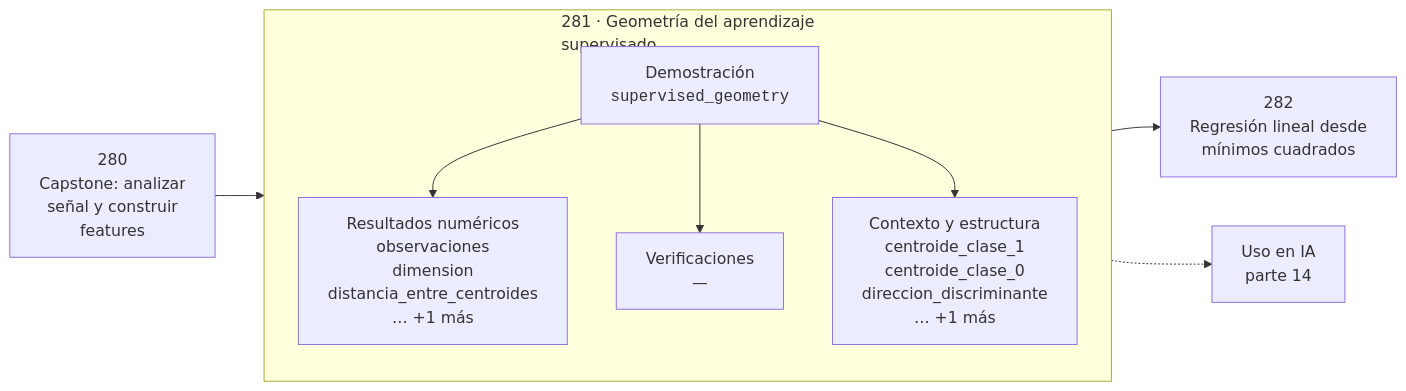
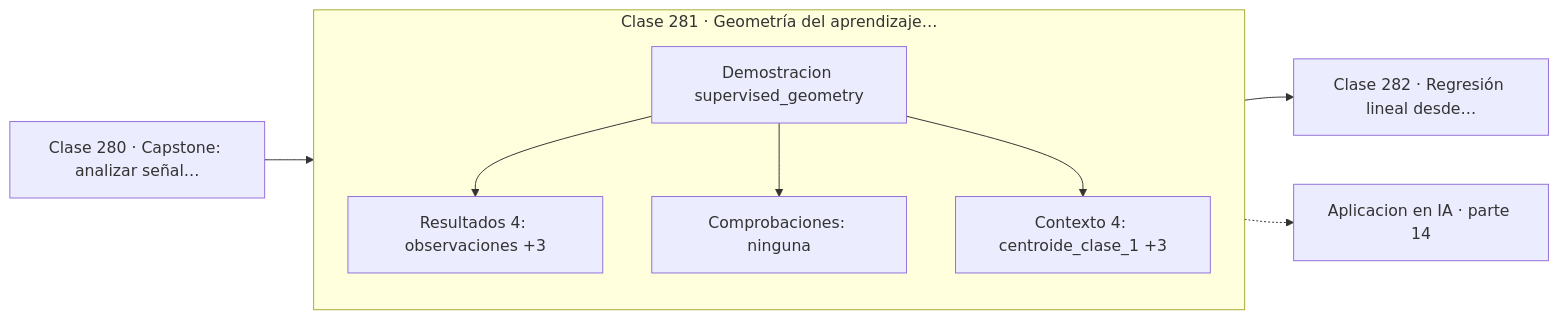
The diagram in classes/part-14-matematica-de-machine-learning/281-geometria-del-aprendizaje-supervisado/README.md (vladimiracunadev-create/computational-mathematics-program), drawn with Mermaid before and after one commit. The commit also changed 389 other files, not shown here.

First line of the commit message:
fix(diagramas): elimina el HTML de las etiquetas Mermaid

````diff
--- a/classes/part-14-matematica-de-machine-learning/281-geometria-del-aprendizaje-supervisado/README.md
+++ b/classes/part-14-matematica-de-machine-learning/281-geometria-del-aprendizaje-supervisado/README.md
@@ -30,12 +30,13 @@
 ```mermaid
 flowchart LR
-    P["280<br/>Capstone: analizar<br/>señal y construir<br/>features"] --> C
-    subgraph C["281 · Geometría del aprendizaje<br/>supervisado"]
+    P["Clase 280 · Capstone: analizar señal…"] --> D
+    subgraph CLASE["Clase 281 · Geometría del aprendizaje…"]
         direction TB
-        D["Demostración<br/><code>supervised_geometry</code>"] --> R["Resultados numéricos<br/>observaciones<br/>dimension<br/>distancia_entre_centroides<br/>… +1 más"]
-        D --> V["Verificaciones<br/>—"]
-        D --> O["Contexto y estructura<br/>centroide_clase_1<br/>centroide_clase_0<br/>direccion_discriminante<br/>… +1 más"]
+        D["Demostracion supervised_geometry"]
+        D --> R["Resultados 4: observaciones +3"]
+        D --> V["Comprobaciones: ninguna"]
+        D --> O["Contexto 4: centroide_clase_1 +3"]
     end
-    C --> N["282<br/>Regresión lineal desde<br/>mínimos cuadrados"]
-    C -.-> IA["Uso en IA<br/>parte 14"]
+    R --> N["Clase 282 · Regresión lineal desde…"]
+    V -.-> IA["Aplicacion en IA · parte 14"]
 ```
````
